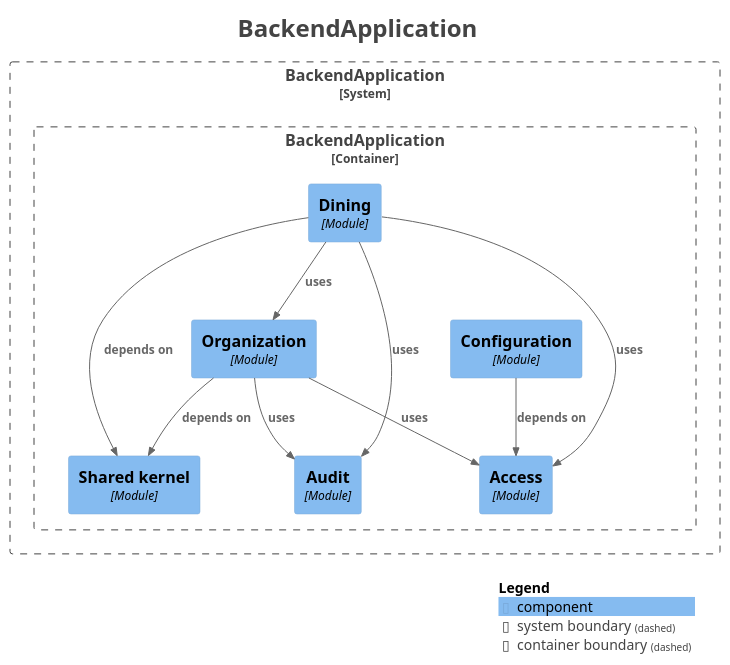
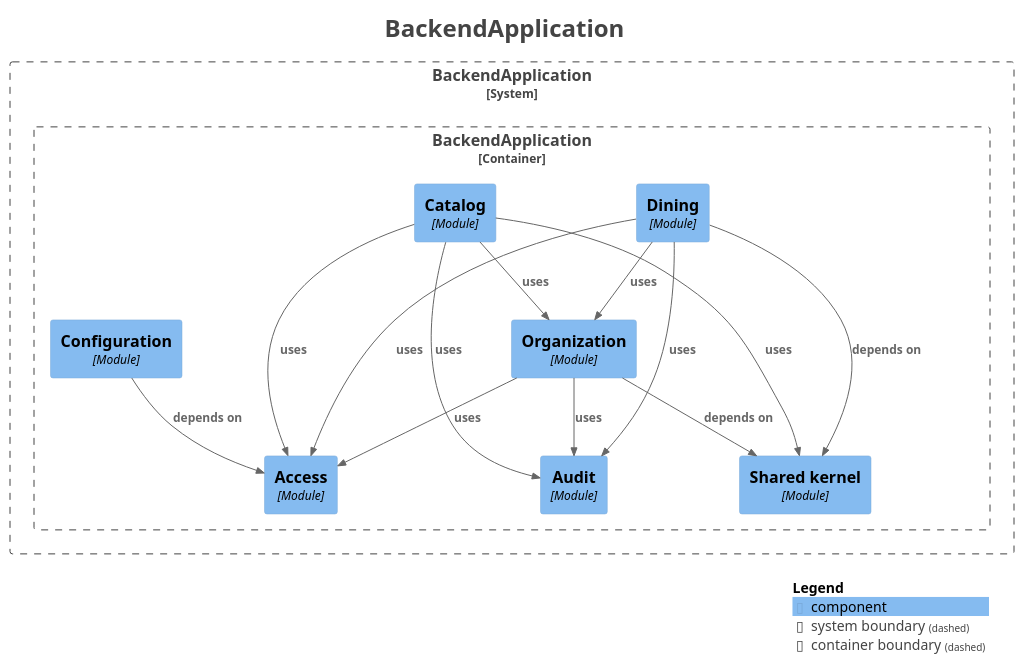
One commit to fxavier/restaurantePRO changed the diagram in docs/architecture/modules/components.puml. Above: the diagram before and after it, drawn with PlantUML. The commit also changed 3 other files, not shown here.

```diff
--- a/docs/architecture/modules/components.puml
+++ b/docs/architecture/modules/components.puml
@@ -1,41 +1,46 @@
 @startuml
 title <size:24>BackendApplication</size>
 
 set separator none
 top to bottom direction
 
 <style>
   root {
     BackgroundColor: #ffffff
     FontColor: #444444
   }
 </style>
 
 !include <C4/C4>
 !include <C4/C4_Context>
 !include <C4/C4_Component>
 
 System_Boundary("BackendApplication_boundary", "BackendApplication", $tags="") {
   Container_Boundary("BackendApplication.BackendApplication_boundary", "BackendApplication", $tags="") {
     Component(BackendApplication.BackendApplication.Access, "Access", $techn="Module", $descr="", $tags="", $link="")
     Component(BackendApplication.BackendApplication.Audit, "Audit", $techn="Module", $descr="", $tags="", $link="")
     Component(BackendApplication.BackendApplication.Sharedkernel, "Shared kernel", $techn="Module", $descr="", $tags="", $link="")
     Component(BackendApplication.BackendApplication.Configuration, "Configuration", $techn="Module", $descr="", $tags="", $link="")
     Component(BackendApplication.BackendApplication.Organization, "Organization", $techn="Module", $descr="", $tags="", $link="")
+    Component(BackendApplication.BackendApplication.Catalog, "Catalog", $techn="Module", $descr="", $tags="", $link="")
     Component(BackendApplication.BackendApplication.Dining, "Dining", $techn="Module", $descr="", $tags="", $link="")
   }
 
 }
 
+Rel(BackendApplication.BackendApplication.Configuration, BackendApplication.BackendApplication.Access, "depends on", $techn="", $tags="", $link="")
+Rel(BackendApplication.BackendApplication.Organization, BackendApplication.BackendApplication.Sharedkernel, "depends on", $techn="", $tags="", $link="")
+Rel(BackendApplication.BackendApplication.Organization, BackendApplication.BackendApplication.Audit, "uses", $techn="", $tags="", $link="")
+Rel(BackendApplication.BackendApplication.Organization, BackendApplication.BackendApplication.Access, "uses", $techn="", $tags="", $link="")
+Rel(BackendApplication.BackendApplication.Dining, BackendApplication.BackendApplication.Sharedkernel, "depends on", $techn="", $tags="", $link="")
 Rel(BackendApplication.BackendApplication.Dining, BackendApplication.BackendApplication.Audit, "uses", $techn="", $tags="", $link="")
 Rel(BackendApplication.BackendApplication.Dining, BackendApplication.BackendApplication.Access, "uses", $techn="", $tags="", $link="")
 Rel(BackendApplication.BackendApplication.Dining, BackendApplication.BackendApplication.Organization, "uses", $techn="", $tags="", $link="")
-Rel(BackendApplication.BackendApplication.Organization, BackendApplication.BackendApplication.Sharedkernel, "depends on", $techn="", $tags="", $link="")
-Rel(BackendApplication.BackendApplication.Organization, BackendApplication.BackendApplication.Audit, "uses", $techn="", $tags="", $link="")
-Rel(BackendApplication.BackendApplication.Organization, BackendApplication.BackendApplication.Access, "uses", $techn="", $tags="", $link="")
-Rel(BackendApplication.BackendApplication.Configuration, BackendApplication.BackendApplication.Access, "depends on", $techn="", $tags="", $link="")
-Rel(BackendApplication.BackendApplication.Dining, BackendApplication.BackendApplication.Sharedkernel, "depends on", $techn="", $tags="", $link="")
+Rel(BackendApplication.BackendApplication.Catalog, BackendApplication.BackendApplication.Sharedkernel, "uses", $techn="", $tags="", $link="")
+Rel(BackendApplication.BackendApplication.Catalog, BackendApplication.BackendApplication.Access, "uses", $techn="", $tags="", $link="")
+Rel(BackendApplication.BackendApplication.Catalog, BackendApplication.BackendApplication.Audit, "uses", $techn="", $tags="", $link="")
+Rel(BackendApplication.BackendApplication.Catalog, BackendApplication.BackendApplication.Organization, "uses", $techn="", $tags="", $link="")
 
 SHOW_LEGEND(true)
 hide stereotypes
 @enduml
```
